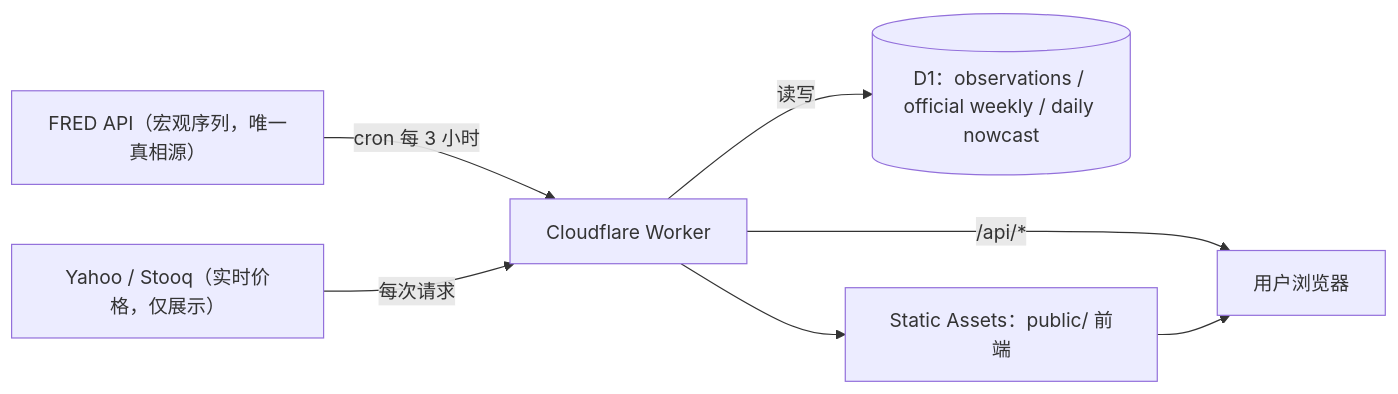
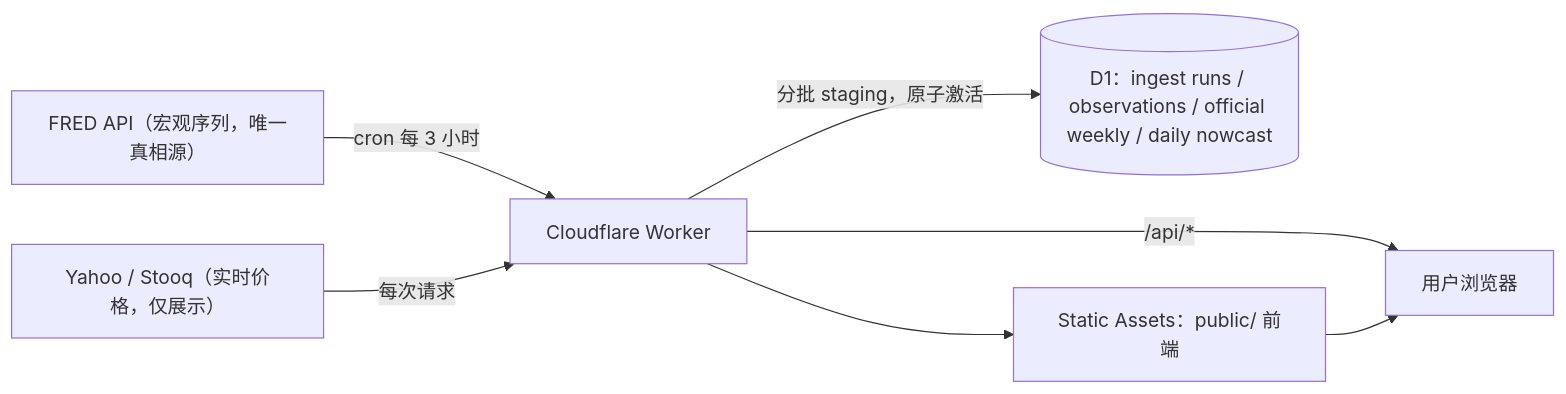
Before and after one commit to YSKM523/macro-liquidity: the first of 2 diagrams in README.md, drawn with Mermaid. The commit also changed other lines of this file and 15 other files, not shown here.

Commit message:
feat: add atomic ingest runs and staging activation

````diff
--- a/README.md
+++ b/README.md
@@ -20,9 +20,9 @@
 ```mermaid
 flowchart LR
   FRED["FRED API（宏观序列，唯一真相源）"] -->|"cron 每 3 小时"| W["Cloudflare Worker"]
   YH["Yahoo / Stooq（实时价格，仅展示）"] -->|"每次请求"| W
-  W -->|"读写"| D1[("D1：observations / official weekly / daily nowcast")]
+  W -->|"分批 staging，原子激活"| D1[("D1：ingest runs / observations / official weekly / daily nowcast")]
   W --> ST["Static Assets：public/ 前端"]
   W -->|"/api/*"| U["用户浏览器"]
   ST --> U
 ```
````
